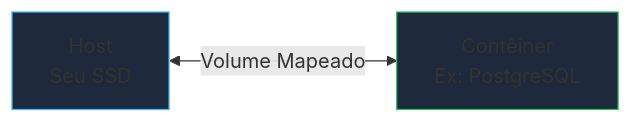
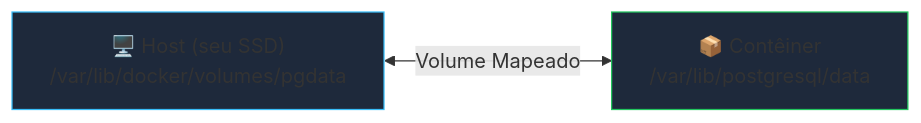
The first of 2 diagrams in docs/docker/volumes-redes.md (labcity-ufpa/Workshop-Git-Docker), drawn with Mermaid before and after one commit. The commit also changed other lines of this file and 20 other files, not shown here.

````diff
--- a/docs/docker/volumes-redes.md
+++ b/docs/docker/volumes-redes.md
@@ -7,6 +11,6 @@
 ```mermaid
 graph LR
-    A[Host<br>Seu SSD] <-->|Volume Mapeado| B[Contêiner<br>Ex: PostgreSQL]
+    A["🖥️ Host (seu SSD)<br>/var/lib/docker/volumes/pgdata"] <-->|Volume Mapeado| B["📦 Contêiner<br>/var/lib/postgresql/data"]
     style A fill:#1e293b,stroke:#38bdf8
     style B fill:#1e293b,stroke:#22c55e
 ```
````
